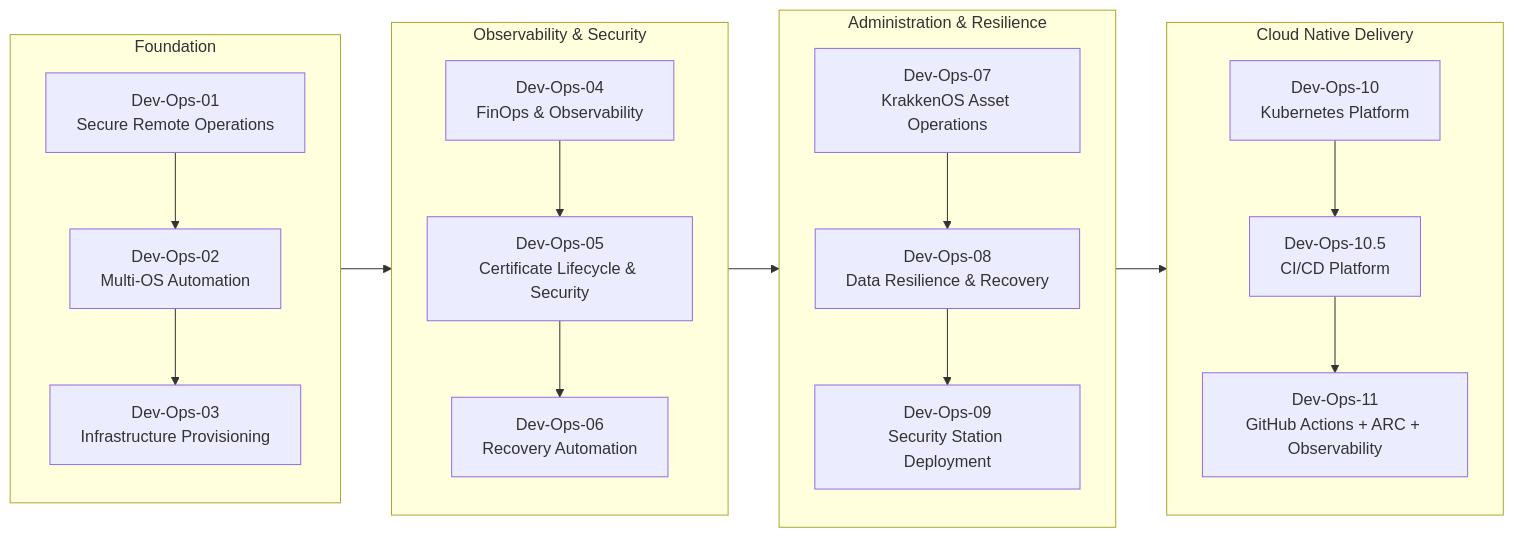
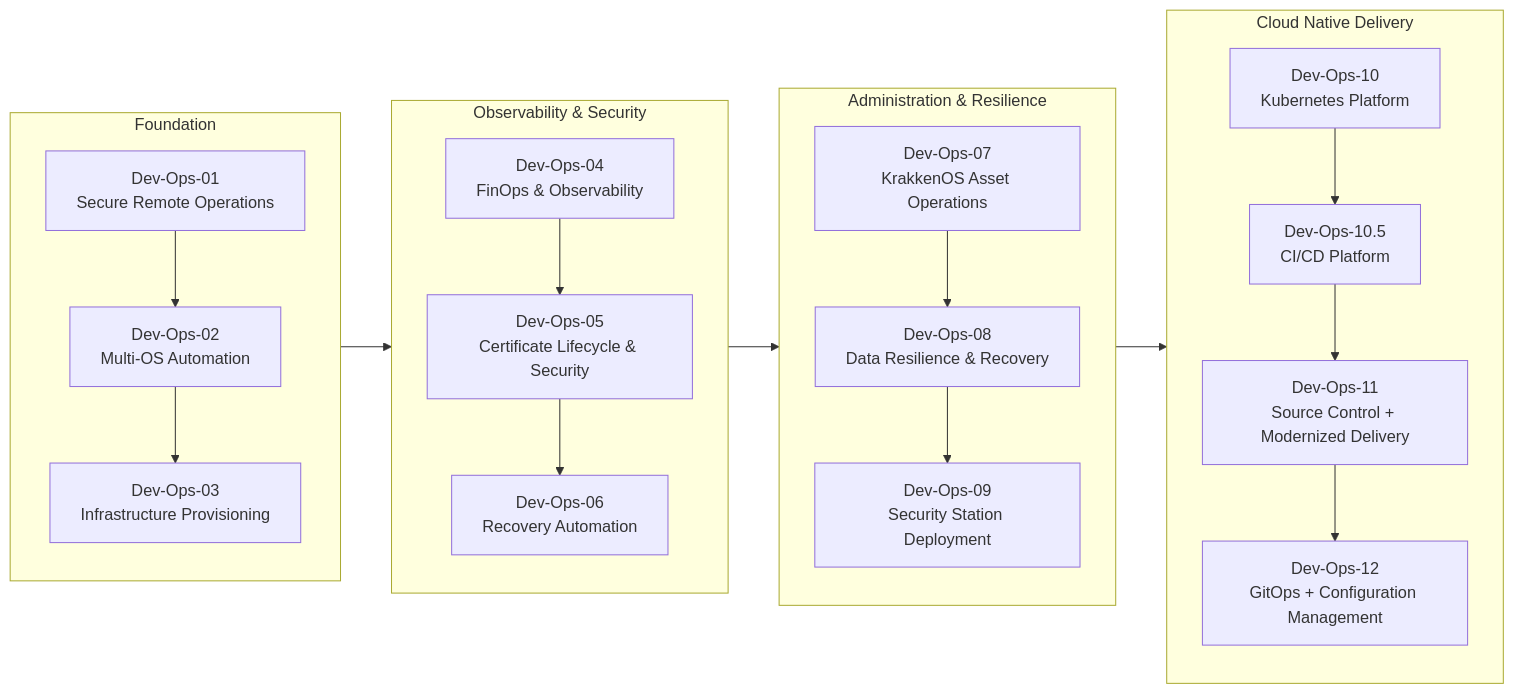
Before and after one commit to luisorlandosolis/luisorlandosolis: the second of 2 diagrams in README.md, drawn with Mermaid. The commit also changed other lines of this file, not shown here.

Commit message:
Add Dev-Ops-12 GitOps platform to profile

````diff
--- a/README.md
+++ b/README.md
@@ -191,24 +192,25 @@
 ```mermaid
 flowchart LR
     subgraph F["Foundation"]
         direction TB
         D01[Dev-Ops-01<br>Secure Remote Operations] --> D02[Dev-Ops-02<br>Multi-OS Automation]
         D02 --> D03[Dev-Ops-03<br>Infrastructure Provisioning]
     end
     subgraph O["Observability & Security"]
         direction TB
         D04[Dev-Ops-04<br>FinOps & Observability] --> D05[Dev-Ops-05<br>Certificate Lifecycle & Security]
         D05 --> D06[Dev-Ops-06<br>Recovery Automation]
     end
     subgraph R["Administration & Resilience"]
         direction TB
         D07[Dev-Ops-07<br>KrakkenOS Asset Operations] --> D08[Dev-Ops-08<br>Data Resilience & Recovery]
         D08 --> D09[Dev-Ops-09<br>Security Station Deployment]
     end
-    subgraph K["Cloud Native Delivery"]
+        subgraph K["Cloud Native Delivery"]
         direction TB
-        D10[Dev-Ops-10<br>Kubernetes Platform] --> D105[Dev-Ops-10.5<br>CI/CD Platform]
-        D105 --> D11[Dev-Ops-11<br>GitHub Actions + ARC + Observability]
+        D10["Dev-Ops-10<br>Kubernetes Platform"] --> D105["Dev-Ops-10.5<br>CI/CD Platform"]
+        D105 --> D11["Dev-Ops-11<br>Source Control + Modernized Delivery"]
+        D11 --> D12["Dev-Ops-12<br>GitOps + Configuration Management"]
     end
     F --> O --> R --> K
 ```
````
